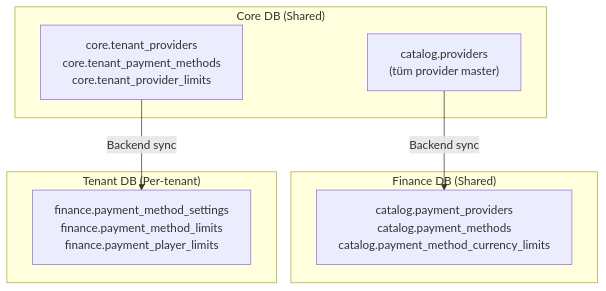
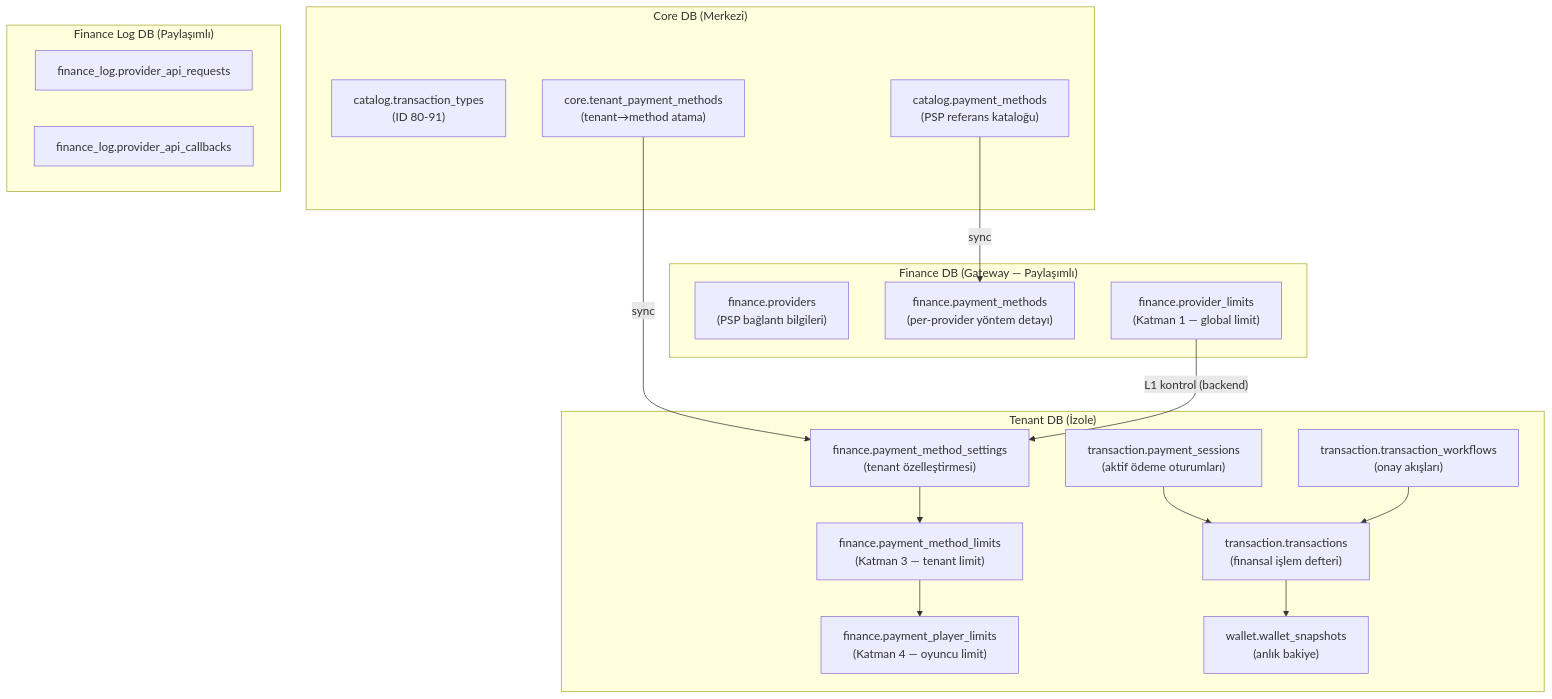
Before and after one commit to frhtshn/One.DB: the first of 7 diagrams in .docs/guides/FINANCE_GATEWAY_GUIDE.md, drawn with Mermaid. The commit also changed other lines of this file and 1 other file, not shown here.

````diff
--- a/.docs/guides/FINANCE_GATEWAY_GUIDE.md
+++ b/.docs/guides/FINANCE_GATEWAY_GUIDE.md
@@ -9,15 +31,38 @@
 ```mermaid
 flowchart TD
-    subgraph core["Core DB (Shared)"]
-        C1["catalog.providers<br/>(tüm provider master)"]
-        C2["core.tenant_providers<br/>core.tenant_payment_methods<br/>core.tenant_provider_limits"]
+    subgraph CORE["Core DB (Merkezi)"]
+        CT["catalog.transaction_types<br/>(ID 80-91)"]
+        CPM["catalog.payment_methods<br/>(PSP referans kataloğu)"]
+        TPM["core.tenant_payment_methods<br/>(tenant→method atama)"]
     end
-    subgraph finance["Finance DB (Shared)"]
-        F1["catalog.payment_providers<br/>catalog.payment_methods<br/>catalog.payment_method_currency_limits"]
+
+    subgraph FINANCE["Finance DB (Gateway — Paylaşımlı)"]
+        FPR["finance.providers<br/>(PSP bağlantı bilgileri)"]
+        FPM["finance.payment_methods<br/>(per-provider yöntem detayı)"]
+        FPL["finance.provider_limits<br/>(Katman 1 — global limit)"]
     end
-    subgraph tenant["Tenant DB (Per-tenant)"]
-        T1["finance.payment_method_settings<br/>finance.payment_method_limits<br/>finance.payment_player_limits"]
+
+    subgraph TENANT["Tenant DB (İzole)"]
+        PMS["finance.payment_method_settings<br/>(tenant özelleştirmesi)"]
+        PML["finance.payment_method_limits<br/>(Katman 3 — tenant limit)"]
+        PPL["finance.payment_player_limits<br/>(Katman 4 — oyuncu limit)"]
+        PS["transaction.payment_sessions<br/>(aktif ödeme oturumları)"]
+        TX["transaction.transactions<br/>(finansal işlem defteri)"]
+        WF["transaction.transaction_workflows<br/>(onay akışları)"]
+        WS["wallet.wallet_snapshots<br/>(anlık bakiye)"]
     end
-    C1 -- "Backend sync" --> F1
-    C2 -- "Backend sync" --> T1
+
+    subgraph FLOG["Finance Log DB (Paylaşımlı)"]
+        REQ["finance_log.provider_api_requests"]
+        CB["finance_log.provider_api_callbacks"]
+    end
+
+    CPM -->|"sync"| FPM
+    TPM -->|"sync"| PMS
+    FPL -->|"L1 kontrol (backend)"| PMS
+    PMS --> PML
+    PML --> PPL
+    PS --> TX
+    TX --> WS
+    WF --> TX
 ```
````
